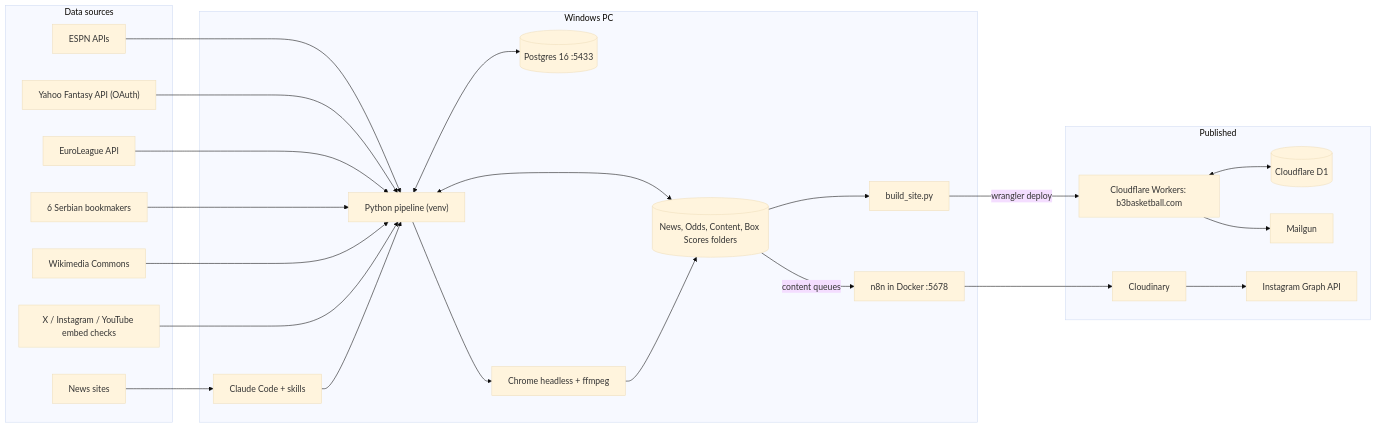
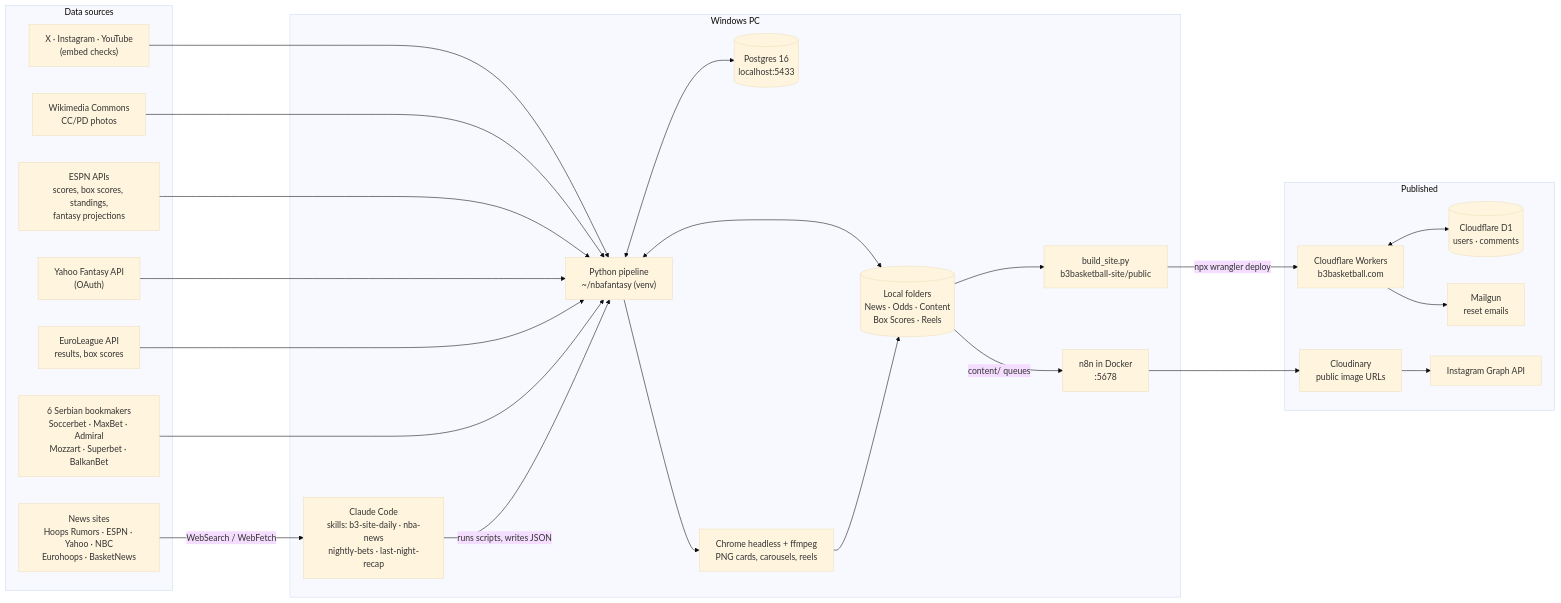
Before and after one commit to branislavzoric/nbafantasy: the first of 7 diagrams in docs/ARCHITECTURE.md, drawn with Mermaid (base theme). The commit also changed other lines of this file, not shown here.

Commit message:
Expand ARCHITECTURE.md into the full system map

````diff
--- a/docs/ARCHITECTURE.md
+++ b/docs/ARCHITECTURE.md
@@ -7,43 +37,43 @@
 ```mermaid
 flowchart LR
   subgraph SRC["Data sources"]
-    ESPN["ESPN APIs"]
-    YAH["Yahoo Fantasy API (OAuth)"]
-    EL["EuroLeague API"]
-    BK["6 Serbian bookmakers"]
-    NEWS["News sites"]
-    WM["Wikimedia Commons"]
-    SOC["X / Instagram / YouTube embed checks"]
+    ESPN["ESPN APIs<br/>scores, box scores, standings,<br/>fantasy projections"]
+    YAH["Yahoo Fantasy API<br/>(OAuth)"]
+    EL["EuroLeague API<br/>results, box scores"]
+    BK["6 Serbian bookmakers<br/>Soccerbet · MaxBet · Admiral<br/>Mozzart · Superbet · BalkanBet"]
+    NEWS["News sites<br/>Hoops Rumors · ESPN · Yahoo · NBC<br/>Eurohoops · BasketNews"]
+    WM["Wikimedia Commons<br/>CC/PD photos"]
+    SOC["X · Instagram · YouTube<br/>(embed checks)"]
   end
   subgraph PC["Windows PC"]
-    CC["Claude Code + skills"]
-    PY["Python pipeline (venv)"]
-    PG[("Postgres 16 :5433")]
-    FS[("News, Odds, Content, Box Scores folders")]
-    REN["Chrome headless + ffmpeg"]
-    N8N["n8n in Docker :5678"]
-    SITE["build_site.py"]
+    CC["Claude Code<br/>skills: b3-site-daily · nba-news<br/>nightly-bets · last-night-recap"]
+    PY["Python pipeline<br/>~/nbafantasy (venv)"]
+    PG[("Postgres 16<br/>localhost:5433")]
+    FS[("Local folders<br/>News · Odds · Content<br/>Box Scores · Reels")]
+    REN["Chrome headless + ffmpeg<br/>PNG cards, carousels, reels"]
+    N8N["n8n in Docker<br/>:5678"]
+    SITE["build_site.py<br/>b3basketball-site/public"]
   end
   subgraph OUT["Published"]
-    CF["Cloudflare Workers: b3basketball.com"]
-    D1[("Cloudflare D1")]
-    MG["Mailgun"]
-    CLD["Cloudinary"]
+    CF["Cloudflare Workers<br/>b3basketball.com"]
+    D1[("Cloudflare D1<br/>users · comments")]
+    MG["Mailgun<br/>reset emails"]
+    CLD["Cloudinary<br/>public image URLs"]
     IG["Instagram Graph API"]
   end
-  NEWS --> CC
+  NEWS -->|WebSearch / WebFetch| CC
+  SOC --> PY
+  WM --> PY
   ESPN --> PY
   YAH --> PY
   EL --> PY
   BK --> PY
-  WM --> PY
-  SOC --> PY
-  CC --> PY
+  CC -->|runs scripts, writes JSON| PY
   PY <--> PG
   PY <--> FS
   PY --> REN --> FS
-  FS --> SITE -->|wrangler deploy| CF
+  FS --> SITE -->|npx wrangler deploy| CF
   CF <--> D1
   CF --> MG
-  FS -->|content queues| N8N --> CLD --> IG
+  FS -->|content/ queues| N8N --> CLD --> IG
 ```
````
